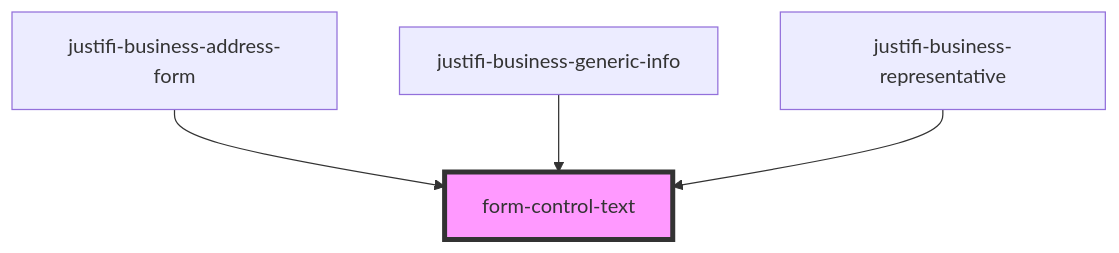
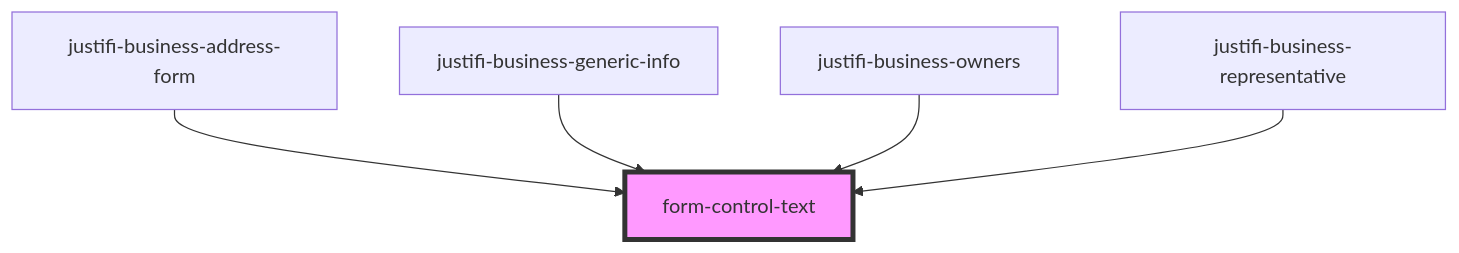
One commit to justifi-tech/web-component-library changed the diagram in stencil-library/src/components/form/readme.md. Above: the diagram before and after it, drawn with Mermaid. The commit also changed other lines of this file and 11 other files, not shown here.

````diff
--- a/stencil-library/src/components/form/readme.md
+++ b/stencil-library/src/components/form/readme.md
@@ -43,7 +44,8 @@
 ```mermaid
 graph TD;
   justifi-business-address-form --> form-control-text
   justifi-business-generic-info --> form-control-text
+  justifi-business-owners --> form-control-text
   justifi-business-representative --> form-control-text
   style form-control-text fill:#f9f,stroke:#333,stroke-width:4px
 ```
````
